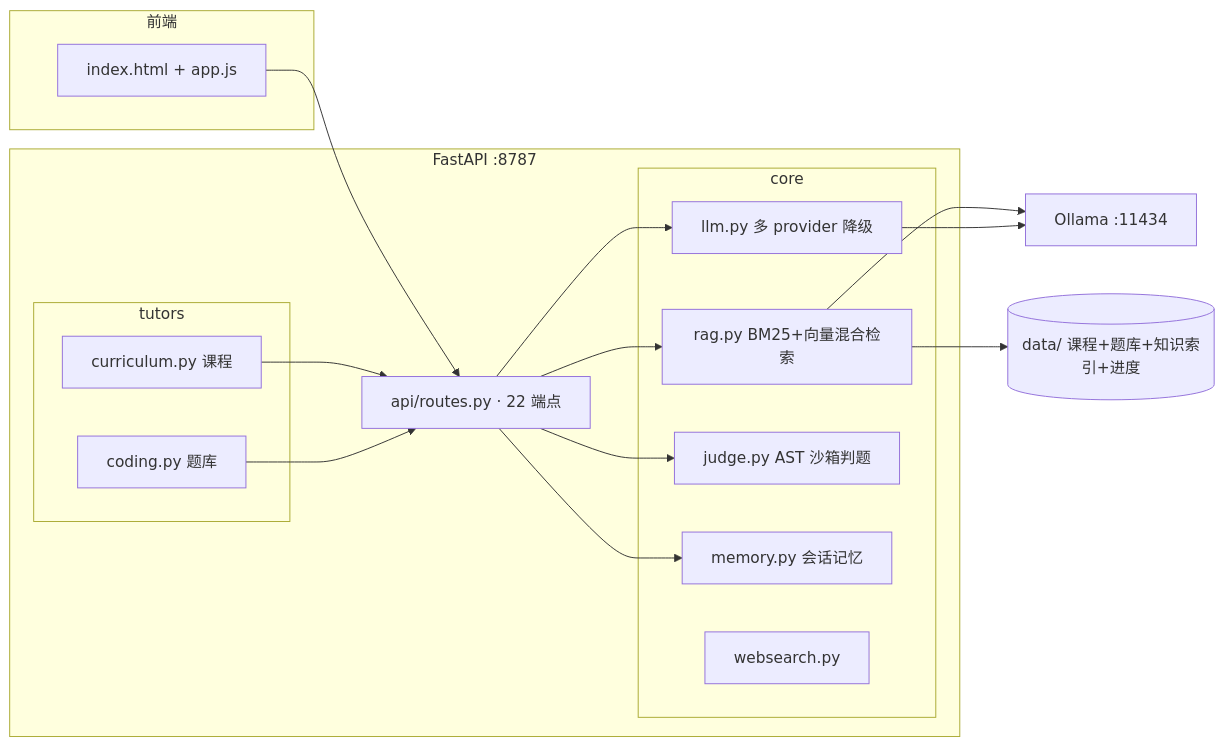
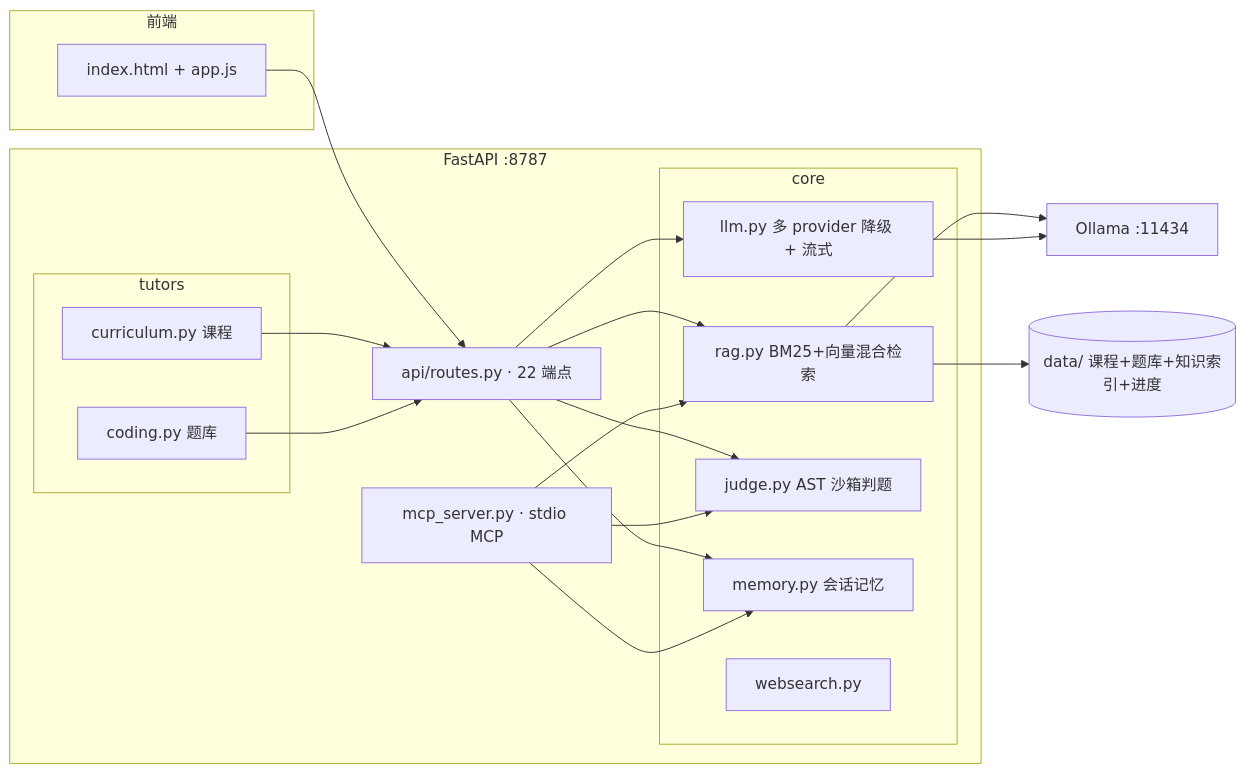
Before and after one commit to HUG-thefuture/llm-tutor-agent: the diagram in README.md, drawn with Mermaid. The commit also changed other lines of this file and 6 other files, not shown here.

````diff
--- a/README.md
+++ b/README.md
@@ -51,27 +89,29 @@
 ```mermaid
 flowchart LR
     subgraph 前端
         FE[index.html + app.js]
     end
     subgraph FastAPI :8787
         API[api/routes.py · 22 端点]
         subgraph core
-            LLM[llm.py 多 provider 降级]
+            LLM[llm.py 多 provider 降级 + 流式]
             RAG[rag.py BM25+向量混合检索]
             JUDGE[judge.py AST 沙箱判题]
             MEM[memory.py 会话记忆]
             WS[websearch.py]
         end
         subgraph tutors
             CUR[curriculum.py 课程]
             COD[coding.py 题库]
         end
+        MCP[mcp_server.py · stdio MCP]
     end
     DB[(data/ 课程+题库+知识索引+进度)]
     OLL[Ollama :11434]
     FE --> API
     API --> LLM & RAG & JUDGE & MEM
     CUR & COD --> API
     RAG --> DB & OLL
     LLM --> OLL
+    MCP --> RAG & JUDGE & MEM
 ```
````
